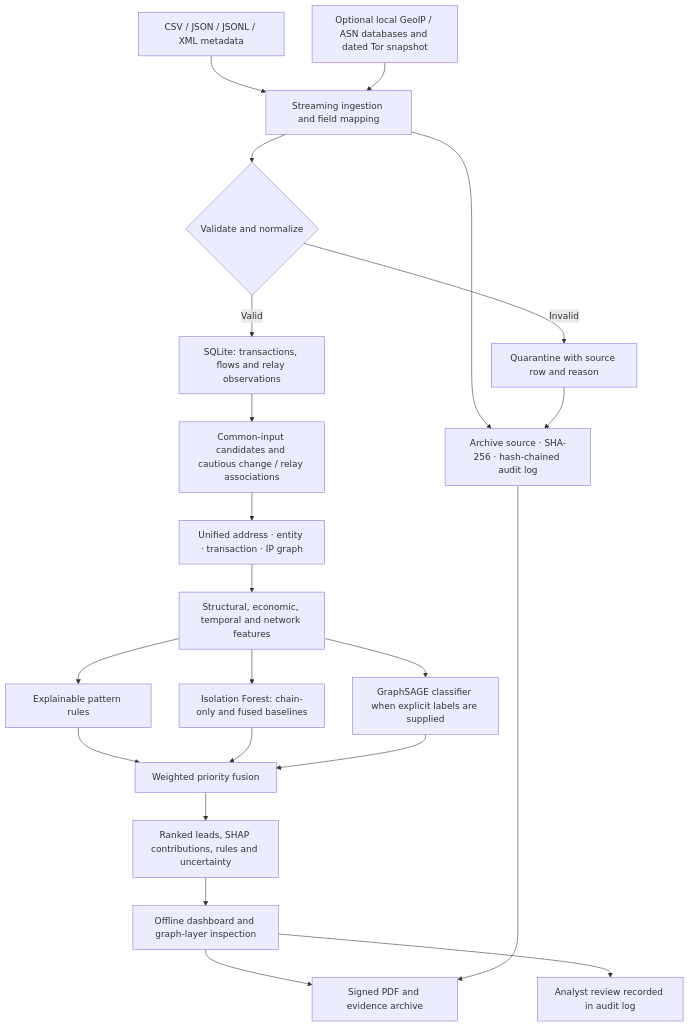
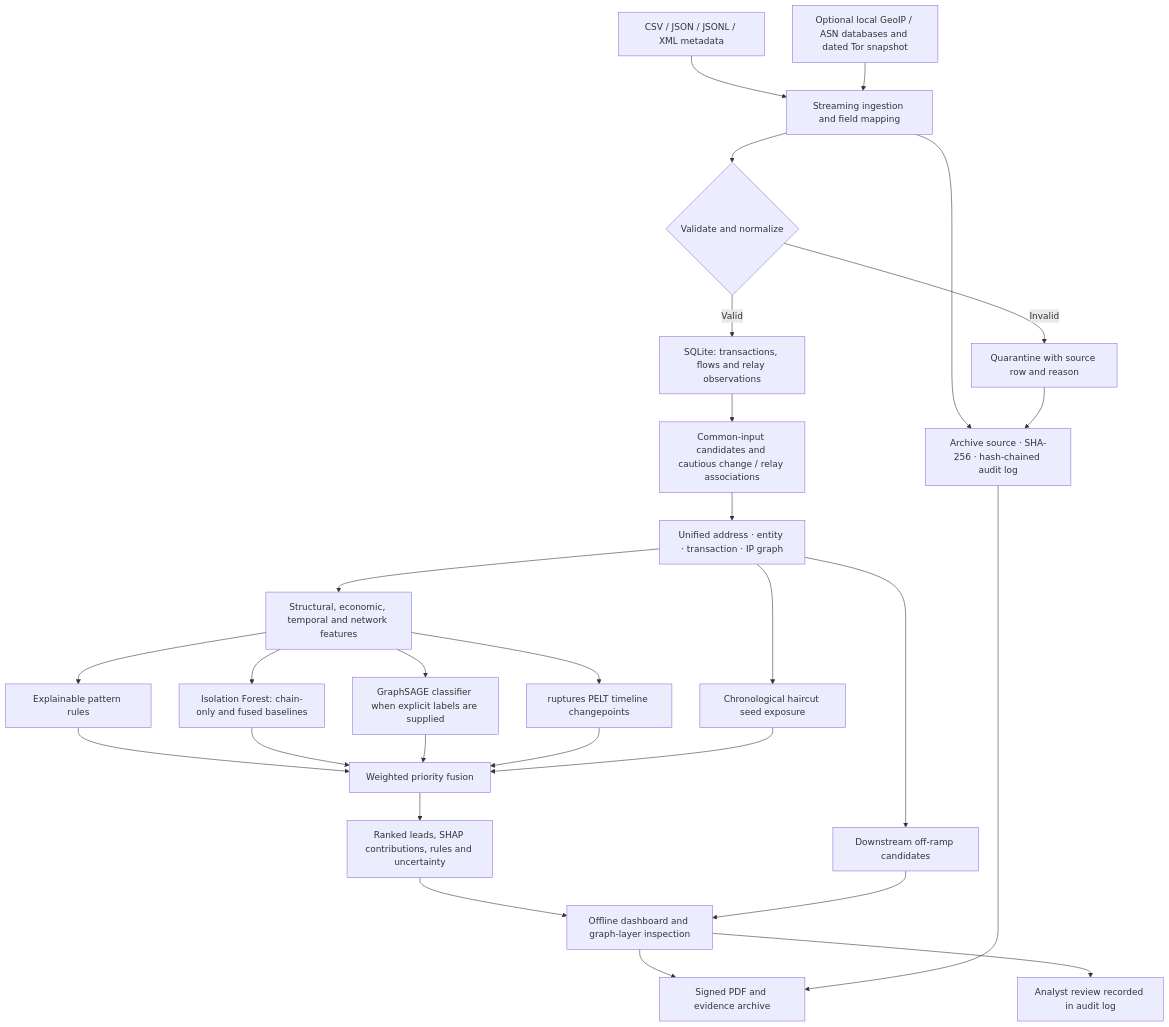
Before and after one commit to Sachin-MS-77/parallax: the first of 2 diagrams in docs/ARCHITECTURE.md, drawn with Mermaid. The commit also changed other lines of this file and 43 other files, not shown here.

````diff
--- a/docs/ARCHITECTURE.md
+++ b/docs/ARCHITECTURE.md
@@ -7,24 +7,30 @@
 ```mermaid
 flowchart TD
     A["CSV / JSON / JSONL / XML metadata"] --> B["Streaming ingestion and field mapping"]
     GEO["Optional local GeoIP / ASN databases and dated Tor snapshot"] --> B
     B --> C{"Validate and normalize"}
     C -->|Invalid| Q["Quarantine with source row and reason"]
     C -->|Valid| D["SQLite: transactions, flows and relay observations"]
     B --> E["Archive source · SHA-256 · hash-chained audit log"]
     Q --> E
     D --> F["Common-input candidates and cautious change / relay associations"]
     F --> G["Unified address · entity · transaction · IP graph"]
     G --> H["Structural, economic, temporal and network features"]
     H --> R["Explainable pattern rules"]
     H --> I["Isolation Forest: chain-only and fused baselines"]
     H --> S["GraphSAGE classifier when explicit labels are supplied"]
+    H --> CP["ruptures PELT timeline changepoints"]
+    G --> TAINT["Chronological haircut seed exposure"]
+    G --> END["Downstream off-ramp candidates"]
     R --> J["Weighted priority fusion"]
     I --> J
     S --> J
+    CP --> J
+    TAINT --> J
     J --> K["Ranked leads, SHAP contributions, rules and uncertainty"]
     K --> L["Offline dashboard and graph-layer inspection"]
+    END --> L
     L --> M["Analyst review recorded in audit log"]
     L --> N["Signed PDF and evidence archive"]
     E --> N
 ```
````
